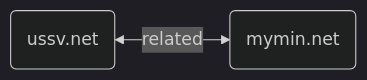
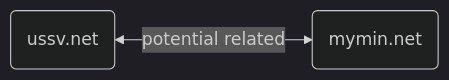
Before and after one commit to 0xdefh/0xdefh.github.io: the second of 3 diagrams in _posts/2024-07-05-OSINT Investigation Case 0x00.md, drawn with Mermaid (dark theme). The commit also changed other lines of this file and 2 other files, not shown here.

````diff
--- a/_posts/2024-07-05-OSINT Investigation Case 0x00.md
+++ b/_posts/2024-07-05-OSINT Investigation Case 0x00.md
@@ -204,9 +203,9 @@
 ```mermaid 
  flowchart LR
 %% define nodes
     USSV(ussv.net)
     MYMIN(mymin.net)
 %% define edges
-    USSV <-- related --> MYMIN
+    USSV <-- potential related --> MYMIN
 
 ```
````
